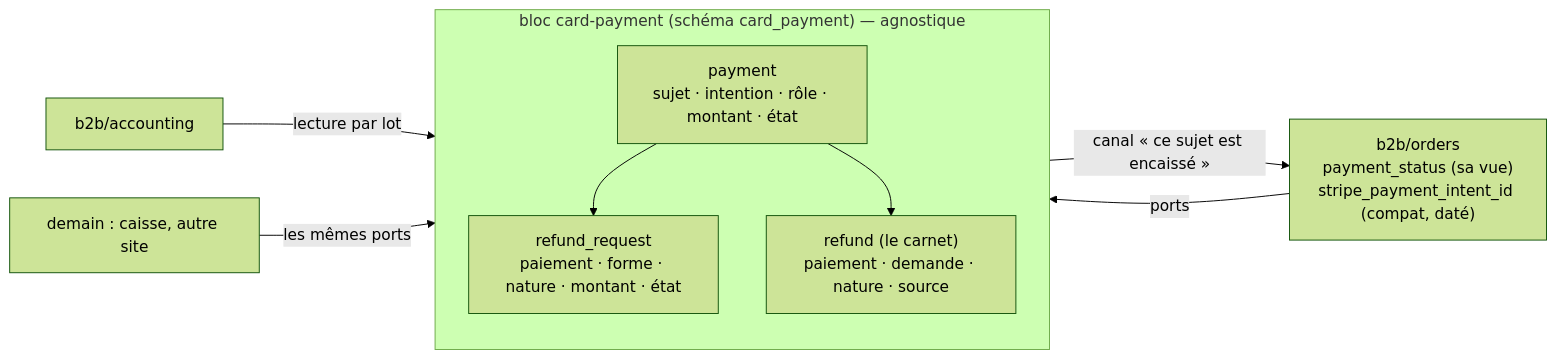
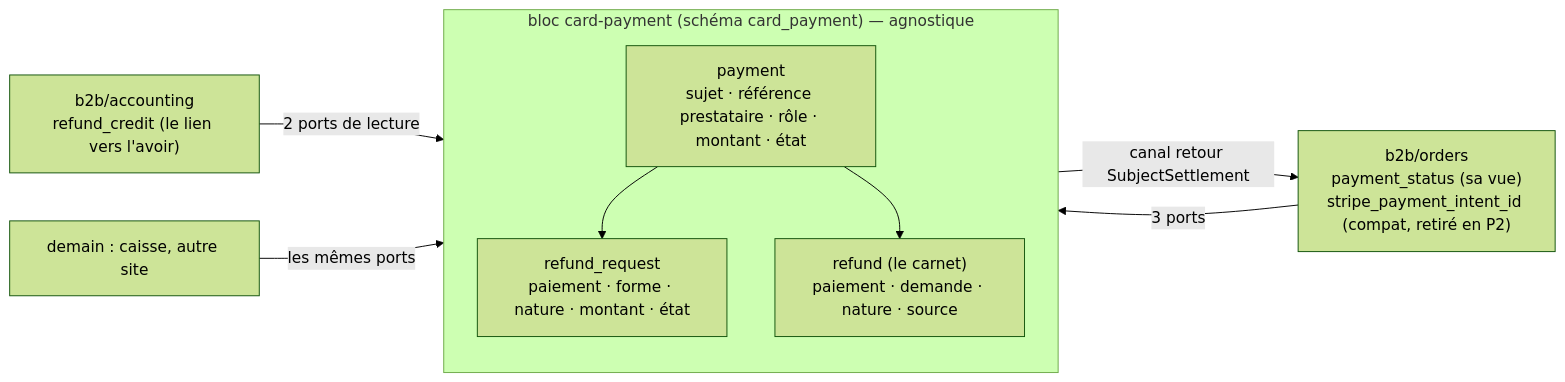
Before and after one commit to hugoheynard/lfd: the first of 4 diagrams in documentation/commandes/modification/plan-m2-historique-de-transactions.md, drawn with Mermaid (forest theme). The commit also changed other lines of this file, not shown here.

````diff
--- a/documentation/commandes/modification/plan-m2-historique-de-transactions.md
+++ b/documentation/commandes/modification/plan-m2-historique-de-transactions.md
@@ -38,14 +41,14 @@
 ```mermaid
 flowchart LR
   subgraph CP["bloc card-payment (schéma card_payment) — agnostique"]
-    P["payment<br/>sujet · intention · rôle · montant · état"]
+    P["payment<br/>sujet · référence prestataire · rôle · montant · état"]
     R["refund_request<br/>paiement · forme · nature · montant · état"]
     L["refund (le carnet)<br/>paiement · demande · nature · source"]
     P --> R
     P --> L
   end
-  O["b2b/orders<br/>payment_status (sa vue)<br/>stripe_payment_intent_id (compat, daté)"] -- "ports" --> CP
-  CP -- "canal « ce sujet est encaissé »" --> O
-  A["b2b/accounting"] -- "lecture par lot" --> CP
+  O["b2b/orders<br/>payment_status (sa vue)<br/>stripe_payment_intent_id (compat, retiré en P2)"] -- "3 ports" --> CP
+  CP -- "canal retour SubjectSettlement" --> O
+  A["b2b/accounting<br/>refund_credit (le lien vers l'avoir)"] -- "2 ports de lecture" --> CP
   X["demain : caisse, autre site"] -- "les mêmes ports" --> CP
 ```
````
